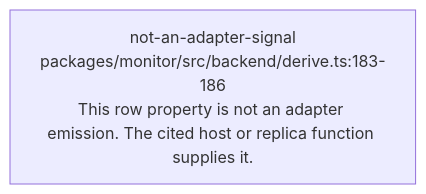
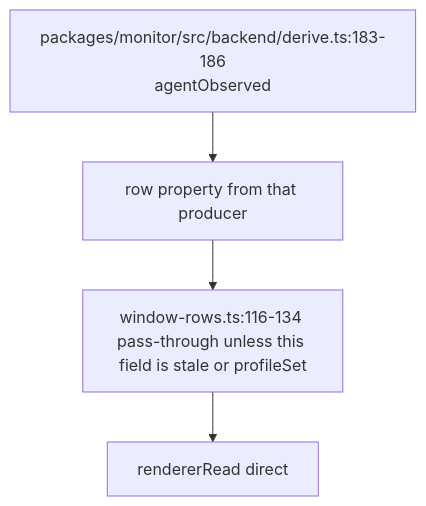
The diagram in audit/godview/evidence/acp/observed.mmd (vibefield/puppeteer), drawn with Mermaid before and after one commit. The commit also changed 630 other files, not shown here.

First line of the commit message:
Record source scope and field-domain reachability for first-half rows.

```diff
--- a/audit/godview/evidence/acp/observed.mmd
+++ b/audit/godview/evidence/acp/observed.mmd
@@ -1,5 +1,9 @@
 %% field: field.observed
-%% adapter: acp
-%% forensic: source-read 748d015a7e393112e0a91dad80111fdf5abe6583; not a live sample
+%% sourceScope: common-runtime
+%% staticPresence: always-on-row
+%% liveObserved: false
 flowchart TD
-  n0["not-an-adapter-signal\npackages/monitor/src/backend/derive.ts:183-186\nThis row property is not an adapter emission. The cited host or replica function supplies it."]
+  producer["packages/monitor/src/backend/derive.ts:183-186\nagentObserved"]
+  producer --> row["row property from that producer"]
+  row --> window["window-rows.ts:116-134 pass-through unless this field is stale or profileSet"]
+  window --> reader["rendererRead direct"]
```
